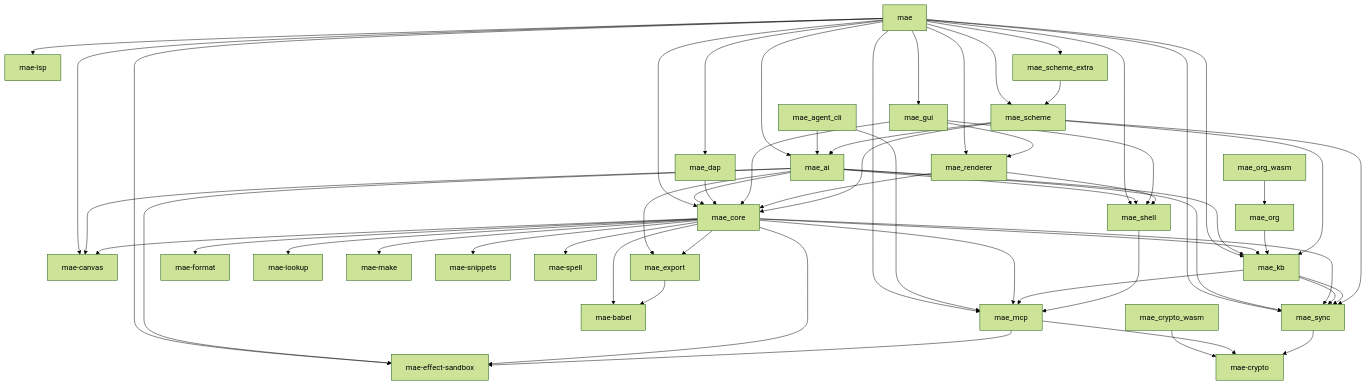
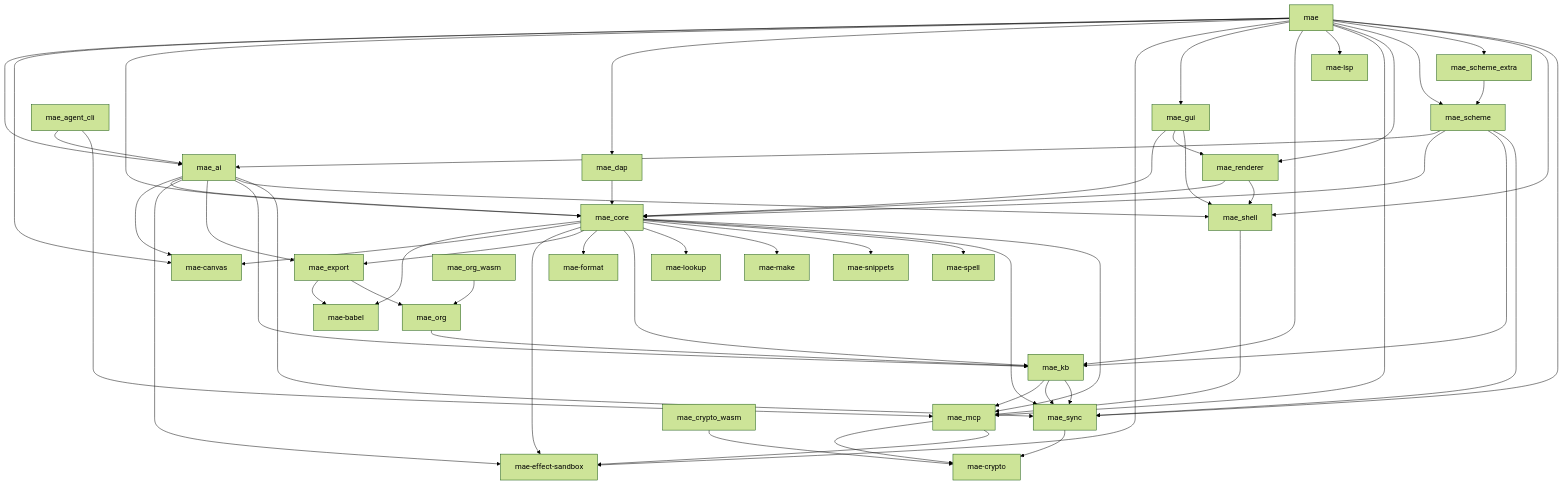
Before and after one commit to cuttlefisch/mae: the diagram in docs/CODE_MAP.md, drawn with Mermaid (forest theme). The commit also changed other lines of this file and 13 other files, not shown here.

````diff
--- a/docs/CODE_MAP.md
+++ b/docs/CODE_MAP.md
@@ -7,70 +7,71 @@
 ```mermaid
 graph TD
     mae --> mae_ai
     mae --> mae_canvas
     mae --> mae_core
     mae --> mae_dap
     mae --> mae_effect_sandbox
     mae --> mae_gui
     mae --> mae_kb
     mae --> mae_lsp
     mae --> mae_mcp
     mae --> mae_renderer
     mae --> mae_scheme
     mae --> mae_scheme_extra
     mae --> mae_shell
     mae --> mae_sync
     mae_agent_cli --> mae_ai
     mae_agent_cli --> mae_mcp
     mae_ai --> mae_canvas
     mae_ai --> mae_core
     mae_ai --> mae_effect_sandbox
     mae_ai --> mae_export
     mae_ai --> mae_kb
     mae_ai --> mae_shell
     mae_ai --> mae_sync
     mae_babel[mae-babel]
     mae_canvas[mae-canvas]
     mae_core --> mae_babel
     mae_core --> mae_canvas
     mae_core --> mae_effect_sandbox
     mae_core --> mae_export
     mae_core --> mae_format
     mae_core --> mae_kb
     mae_core --> mae_lookup
     mae_core --> mae_make
     mae_core --> mae_snippets
     mae_core --> mae_spell
     mae_core --> mae_sync
     mae_core --> mae_mcp
     mae_crypto[mae-crypto]
     mae_crypto_wasm --> mae_crypto
     mae_dap --> mae_core
     mae_effect_sandbox[mae-effect-sandbox]
     mae_export --> mae_babel
+    mae_export --> mae_org
     mae_format[mae-format]
     mae_gui --> mae_core
     mae_gui --> mae_renderer
     mae_gui --> mae_shell
     mae_kb --> mae_mcp
     mae_kb --> mae_sync
     mae_kb --> mae_sync
     mae_lookup[mae-lookup]
     mae_lsp[mae-lsp]
     mae_make[mae-make]
     mae_mcp --> mae_crypto
     mae_mcp --> mae_effect_sandbox
     mae_org --> mae_kb
     mae_org_wasm --> mae_org
     mae_renderer --> mae_core
     mae_renderer --> mae_shell
     mae_scheme --> mae_ai
     mae_scheme --> mae_core
     mae_scheme --> mae_kb
     mae_scheme --> mae_sync
     mae_scheme_extra --> mae_scheme
     mae_shell --> mae_mcp
     mae_snippets[mae-snippets]
     mae_spell[mae-spell]
     mae_sync --> mae_crypto
 ```
````
